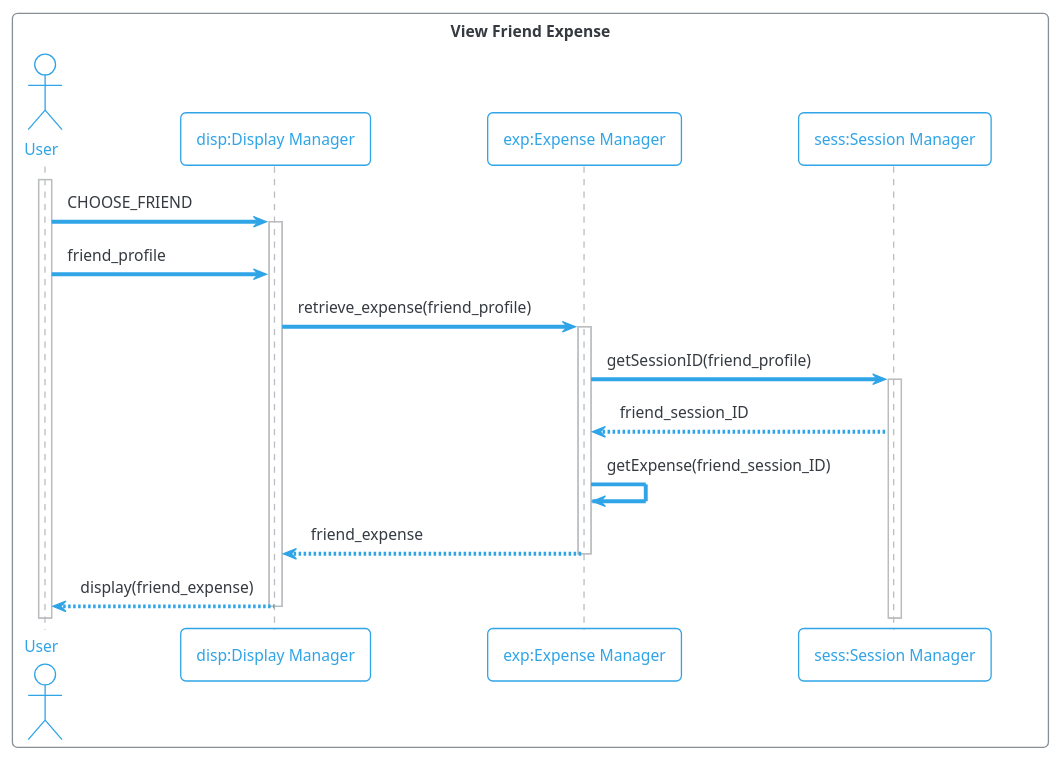
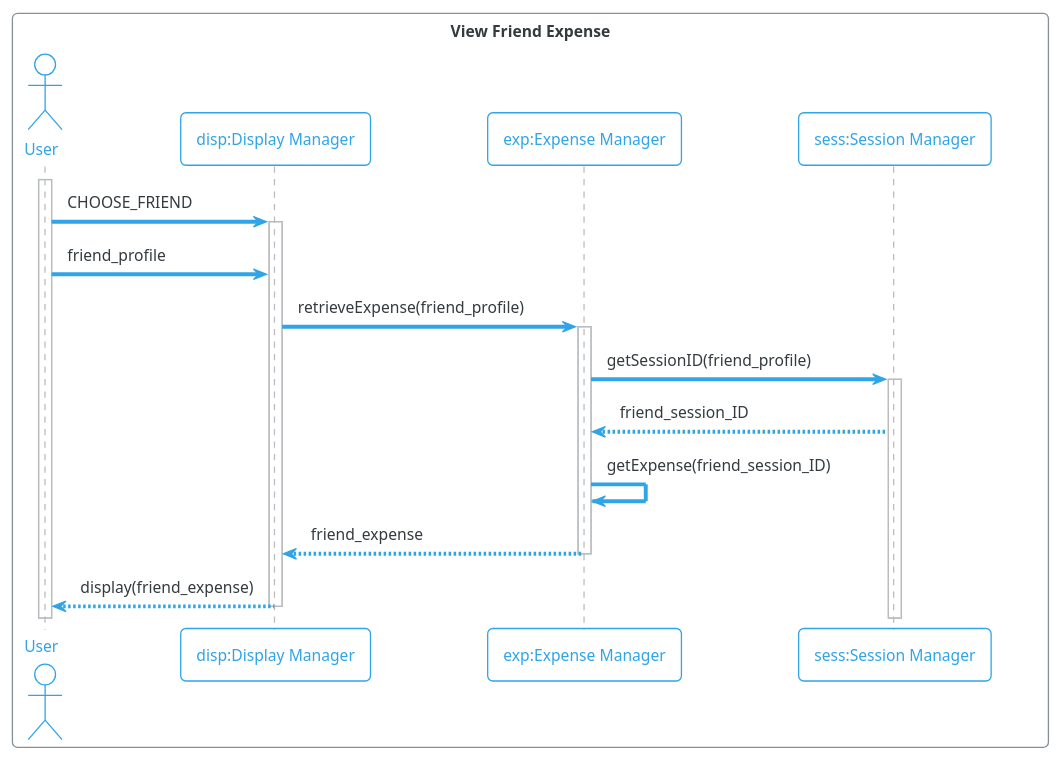
The diagram in Sequence Diagrams/Squad/ViewFriendExpense.puml (md-y/3354-splitsquad), drawn with PlantUML before and after one commit. The commit also changed 10 other files, not shown here.

Commit message:
Add All Sequence Diagram of Squad

```diff
--- a/Sequence Diagrams/Squad/ViewFriendExpense.puml
+++ b/Sequence Diagrams/Squad/ViewFriendExpense.puml
@@ -1,18 +1,18 @@
 @startuml
 !theme cerulean-outline
 box "View Friend Expense"
 actor "User" as user
 participant "disp:Display Manager" as disp
 participant "exp:Expense Manager" as exp
 participant "sess:Session Manager" as sess
 end box
 activate user
 user -> disp ++ : CHOOSE_FRIEND
 user -> disp : friend_profile
-disp -> exp ++ : retrieve_expense(friend_profile)
+disp -> exp ++ : retrieveExpense(friend_profile)
 exp -> sess ++ : getSessionID(friend_profile)
 sess --> exp : friend_session_ID
 exp -> exp : getExpense(friend_session_ID)
 exp --> disp -- : friend_expense
 disp --> user -- : display(friend_expense)
 @enduml
```
